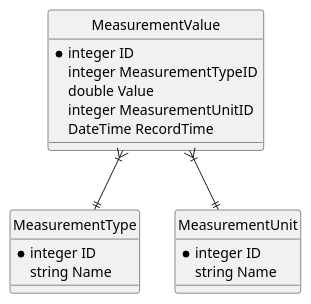
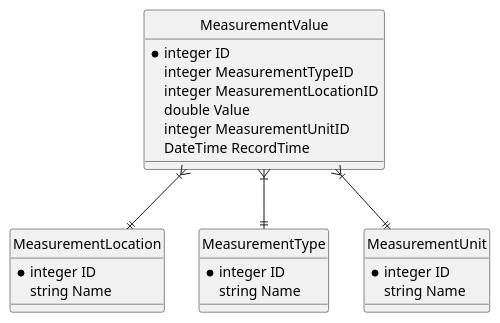
The diagram in Documentation/DataModel.puml (ThirtySomething/Weatherstation), drawn with PlantUML before and after one commit. The commit also changed 17 other files, not shown here.

```diff
--- a/Documentation/DataModel.puml
+++ b/Documentation/DataModel.puml
@@ -1,28 +1,36 @@
 @startuml DataModel
 hide circle
+
+entity MeasurementLocation
+{
+    * integer ID
+    string Name
+}
 
 entity MeasurementType
 {
     * integer ID
     string Name
 }
 
 entity MeasurementUnit
 {
     * integer ID
     string Name
 }
 
 entity MeasurementValue
 {
     * integer ID
     integer MeasurementTypeID
+    integer MeasurementLocationID
     double Value
     integer MeasurementUnitID
     DateTime RecordTime
 }
 
 MeasurementValue }|--|| MeasurementType
 MeasurementValue }|--|| MeasurementUnit
+MeasurementValue }|--|| MeasurementLocation
 
 @enduml
```
